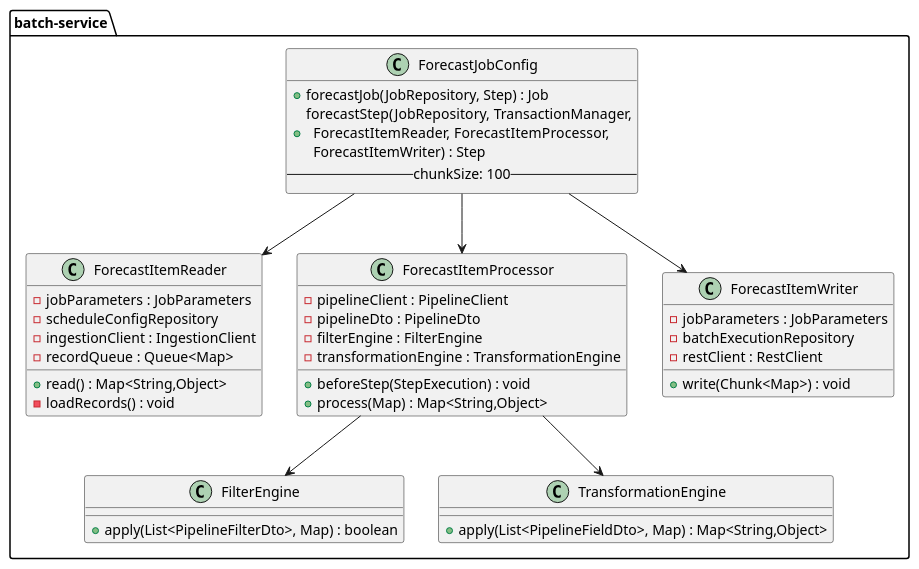
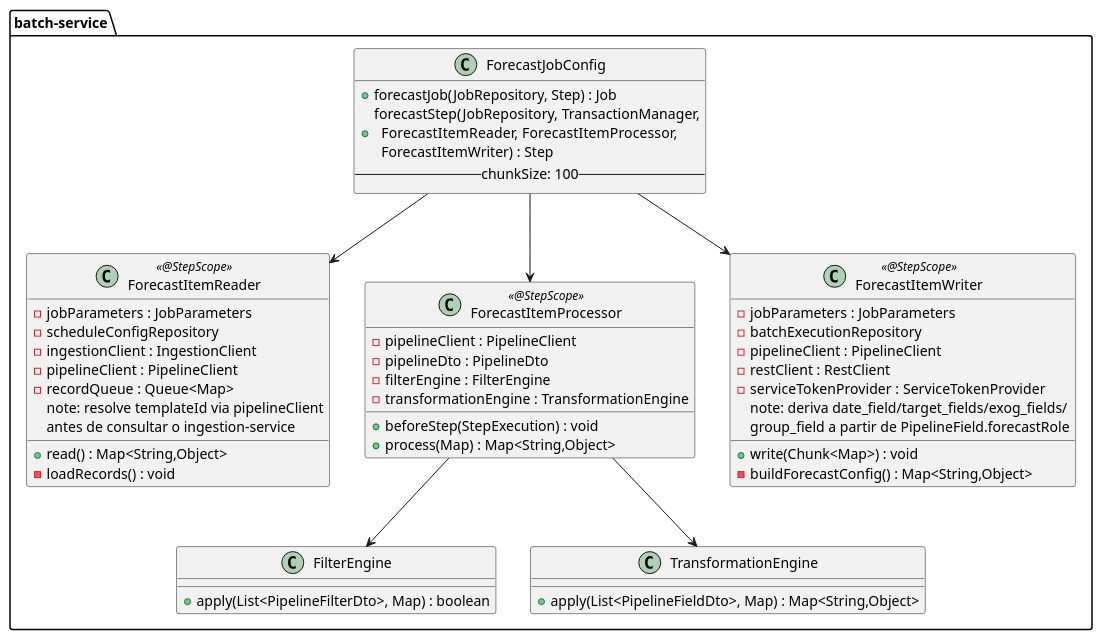
Before and after one commit to paulo-uab/salesPrevision: diagram 11 of 17 in docs/technical-documentation.md, drawn with PlantUML. The commit also changed other lines of this file and 48 other files, not shown here.

````diff
--- a/docs/technical-documentation.md
+++ b/docs/technical-documentation.md
@@ -762,50 +941,56 @@
 ```plantuml
 @startuml batch-architecture
 package "batch-service" {
   class ForecastJobConfig {
     +forecastJob(JobRepository, Step) : Job
     +forecastStep(JobRepository, TransactionManager,\n  ForecastItemReader, ForecastItemProcessor,\n  ForecastItemWriter) : Step
     -- chunkSize: 100 --
   }
 
-  class ForecastItemReader {
+  class ForecastItemReader << @StepScope >> {
     -jobParameters : JobParameters
     -scheduleConfigRepository
     -ingestionClient : IngestionClient
+    -pipelineClient : PipelineClient
     -recordQueue : Queue<Map>
     +read() : Map<String,Object>
     -loadRecords() : void
+    note: resolve templateId via pipelineClient\nantes de consultar o ingestion-service
   }
 
-  class ForecastItemProcessor {
+  class ForecastItemProcessor << @StepScope >> {
     -pipelineClient : PipelineClient
     -pipelineDto : PipelineDto
     -filterEngine : FilterEngine
     -transformationEngine : TransformationEngine
     +beforeStep(StepExecution) : void
     +process(Map) : Map<String,Object>
   }
 
-  class ForecastItemWriter {
+  class ForecastItemWriter << @StepScope >> {
     -jobParameters : JobParameters
     -batchExecutionRepository
+    -pipelineClient : PipelineClient
     -restClient : RestClient
+    -serviceTokenProvider : ServiceTokenProvider
     +write(Chunk<Map>) : void
+    -buildForecastConfig() : Map<String,Object>
+    note: deriva date_field/target_fields/exog_fields/\ngroup_field a partir de PipelineField.forecastRole
   }
 
   class FilterEngine {
     +apply(List<PipelineFilterDto>, Map) : boolean
   }
 
   class TransformationEngine {
     +apply(List<PipelineFieldDto>, Map) : Map<String,Object>
   }
 
   ForecastJobConfig --> ForecastItemReader
   ForecastJobConfig --> ForecastItemProcessor
   ForecastJobConfig --> ForecastItemWriter
   ForecastItemProcessor --> FilterEngine
   ForecastItemProcessor --> TransformationEngine
 }
 @enduml
 ```
````
